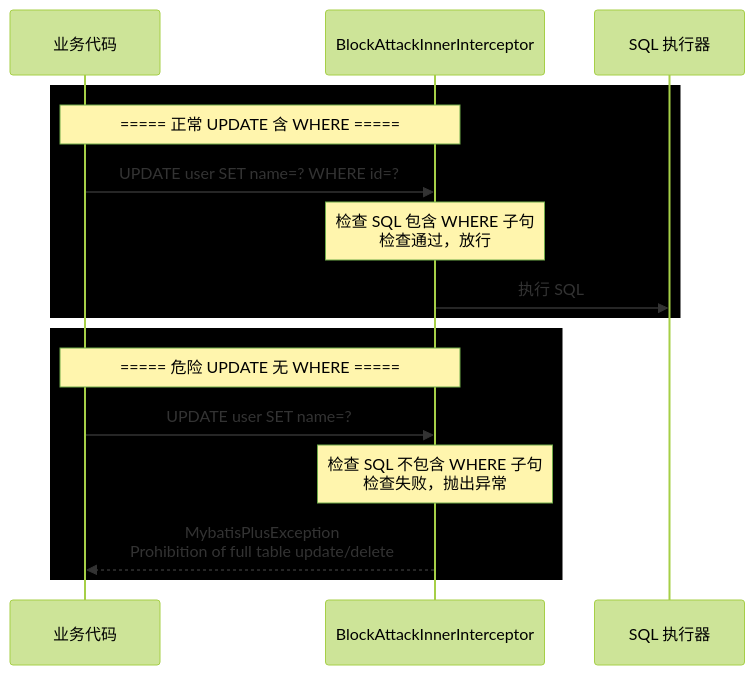
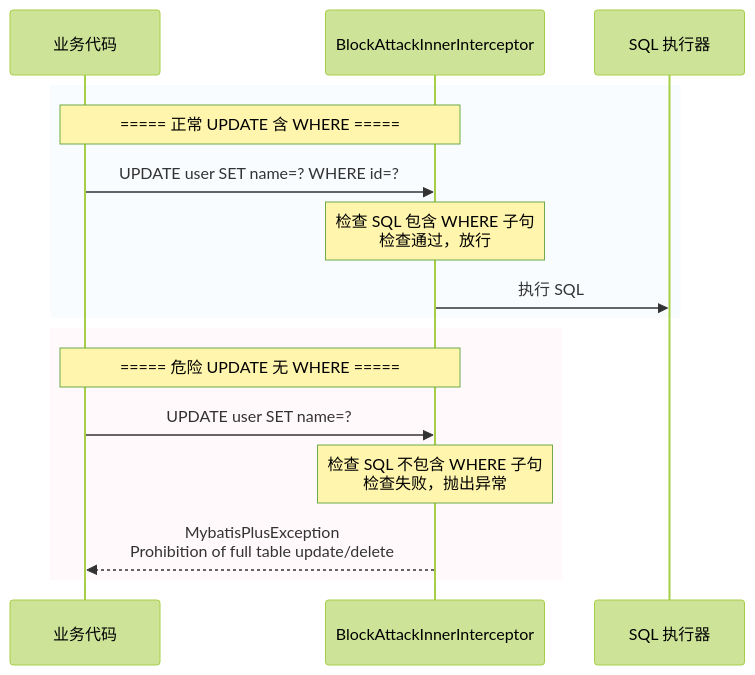
Diagram 25 of 28 in src/content/philes/volume-1/Java-Backend/MyBatis-Plus深度解析.md (AH23333/Blog), drawn with Mermaid (forest theme) before and after one commit. The commit also changed other lines of this file and 17 other files, not shown here.

Commit message:
修复所有已知bug（mermaid渲染、表格识别），添加错误总结经验，暂时保留测试文件，准备考虑优化性能与重构

````diff
--- a/src/content/philes/volume-1/Java-Backend/MyBatis-Plus深度解析.md
+++ b/src/content/philes/volume-1/Java-Backend/MyBatis-Plus深度解析.md
@@ -1548,20 +1548,20 @@
 ```mermaid
 sequenceDiagram
     participant APP as 业务代码
     participant BA as BlockAttackInnerInterceptor
     participant SQL as SQL 执行器
 
-    rect rgba【240, 248, 255, 0.4】
+    rect rgba(240, 248, 255, 0.4)
     Note over APP,BA: ===== 正常 UPDATE 含 WHERE =====
     APP->>BA: UPDATE user SET name=? WHERE id=?
     Note over BA: 检查 SQL 包含 WHERE 子句<br/>检查通过，放行
     BA->>SQL: 执行 SQL
     end
 
-    rect rgba【255, 240, 245, 0.4】
+    rect rgba(255, 240, 245, 0.4)
     Note over APP,BA: ===== 危险 UPDATE 无 WHERE =====
     APP->>BA: UPDATE user SET name=?
     Note over BA: 检查 SQL 不包含 WHERE 子句<br/>检查失败，抛出异常
     BA-->>APP: MybatisPlusException<br/>Prohibition of full table update/delete
     end
 ```
````
